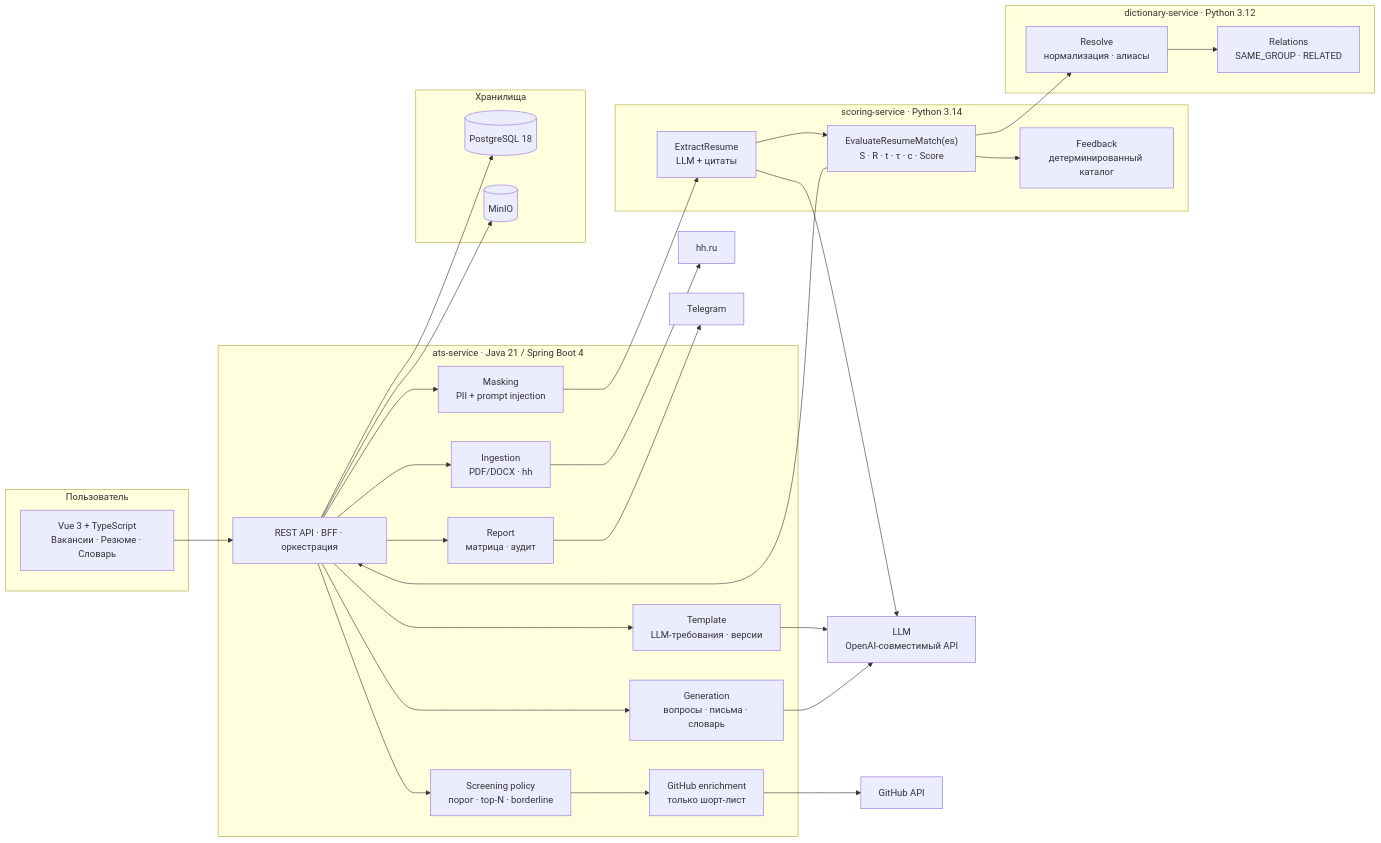
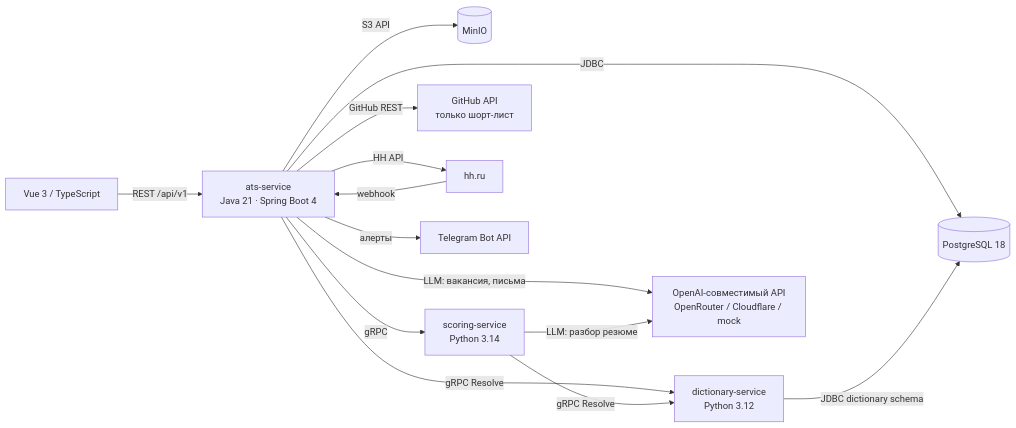
Before and after one commit to MiZentUi/tracing_ats: the diagram in README.md, drawn with Mermaid. The commit also changed other lines of this file, not shown here.

````diff
--- a/README.md
+++ b/README.md
@@ -49,61 +20,16 @@
 ```mermaid
 flowchart LR
-    subgraph U["Пользователь"]
-        WEB["Vue 3 + TypeScript<br/>Вакансии · Резюме · Словарь"]
-    end
-
-    subgraph J["ats-service · Java 21 / Spring Boot 4"]
-        API["REST API · BFF · оркестрация"]
-        ING["Ingestion<br/>PDF/DOCX · hh"]
-        MASK["Masking<br/>PII + prompt injection"]
-        TPL["Template<br/>LLM-требования · версии"]
-        GEN["Generation<br/>вопросы · письма · словарь"]
-        POL["Screening policy<br/>порог · top-N · borderline"]
-        GH["GitHub enrichment<br/>только шорт-лист"]
-        REP["Report<br/>матрица · аудит"]
-    end
-
-    subgraph P["scoring-service · Python 3.14"]
-        EXT["ExtractResume<br/>LLM + цитаты"]
-        MATCH["EvaluateResumeMatch(es)<br/>S · R · t · τ · c · Score"]
-        FB["Feedback<br/>детерминированный каталог"]
-    end
-
-    subgraph D["dictionary-service · Python 3.12"]
-        RES["Resolve<br/>нормализация · алиасы"]
-        REL["Relations<br/>SAME_GROUP · RELATED"]
-    end
-
-    subgraph S["Хранилища"]
-        PG[("PostgreSQL 18")]
-        S3[("MinIO")]
-    end
-
-    LLM["LLM<br/>OpenAI-совместимый API"]
-    HH["hh.ru"]
-    GHAPI["GitHub API"]
-    TG["Telegram"]
-
-    WEB --> API
-    API --> ING
-    API --> MASK
-    API --> TPL
-    API --> GEN
-    API --> POL
-    API --> REP
-    POL --> GH
-    GH --> GHAPI
-    ING --> HH
-    API --> PG
-    API --> S3
-    TPL --> LLM
-    GEN --> LLM
-    MASK --> EXT
-    EXT --> LLM
-    EXT --> MATCH
-    MATCH --> FB
-    MATCH --> RES
-    RES --> REL
-    MATCH --> API
-    REP --> TG
+    UI["Vue 3 / TypeScript"] -->|REST /api/v1| ATS["ats-service<br/>Java 21 · Spring Boot 4"]
+    ATS -->|JDBC| PG[("PostgreSQL 18")]
+    ATS -->|S3 API| S3[("MinIO")]
+    ATS -->|gRPC| SC["scoring-service<br/>Python 3.14"]
+    ATS -->|gRPC Resolve| DICT["dictionary-service<br/>Python 3.12"]
+    SC -->|gRPC Resolve| DICT
+    DICT -->|JDBC dictionary schema| PG
+    ATS -->|LLM: вакансия, письма| LLM["OpenAI-совместимый API<br/>OpenRouter / Cloudflare / mock"]
+    SC -->|LLM: разбор резюме| LLM
+    ATS -->|GitHub REST| GH["GitHub API<br/>только шорт-лист"]
+    ATS -->|HH API| HH["hh.ru"]
+    HH -->|webhook| ATS
+    ATS -->|алерты| TG["Telegram Bot API"]
 ```
````
